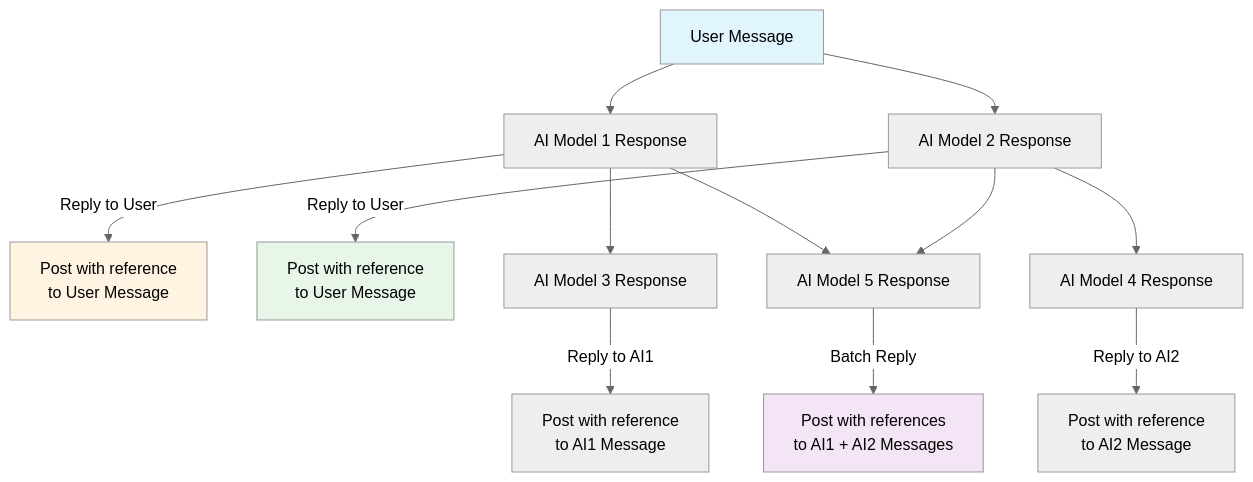
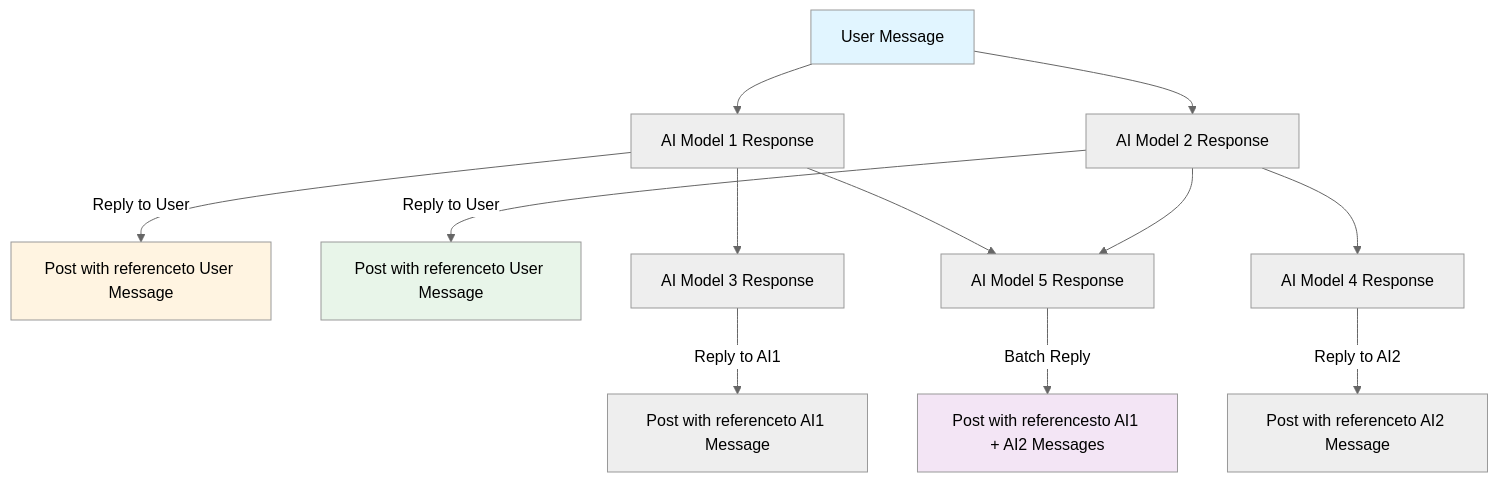
Before and after one commit to jak-pan/super-brainstorm-bot: the ninth of 16 diagrams in ARCHITECTURE.md, drawn with Mermaid (neutral theme). The commit also changed other lines of this file, not shown here.

Commit message:
Fix: Remove HTML br tags from Mermaid diagrams for GitHub compatibility

````diff
--- a/ARCHITECTURE.md
+++ b/ARCHITECTURE.md
@@ -599,23 +599,23 @@
 ```mermaid
 graph TD
     UserMsg[User Message] --> AI1[AI Model 1 Response]
-    AI1 -->|Reply to User| Post1[Post with reference<br/>to User Message]
+    AI1 -->|Reply to User| Post1[Post with referenceto User Message]
     
     UserMsg --> AI2[AI Model 2 Response]
-    AI2 -->|Reply to User| Post2[Post with reference<br/>to User Message]
+    AI2 -->|Reply to User| Post2[Post with referenceto User Message]
     
     AI1 --> AI3[AI Model 3 Response]
-    AI3 -->|Reply to AI1| Post3[Post with reference<br/>to AI1 Message]
+    AI3 -->|Reply to AI1| Post3[Post with referenceto AI1 Message]
     
     AI2 --> AI4[AI Model 4 Response]
-    AI4 -->|Reply to AI2| Post4[Post with reference<br/>to AI2 Message]
+    AI4 -->|Reply to AI2| Post4[Post with referenceto AI2 Message]
     
     AI1 --> AI5[AI Model 5 Response]
     AI2 --> AI5
-    AI5 -->|Batch Reply| Post5[Post with references<br/>to AI1 + AI2 Messages]
+    AI5 -->|Batch Reply| Post5[Post with referencesto AI1 + AI2 Messages]
     
     style UserMsg fill:#e1f5ff
     style Post1 fill:#fff4e1
     style Post2 fill:#e8f5e9
     style Post5 fill:#f3e5f5
 ```
````
